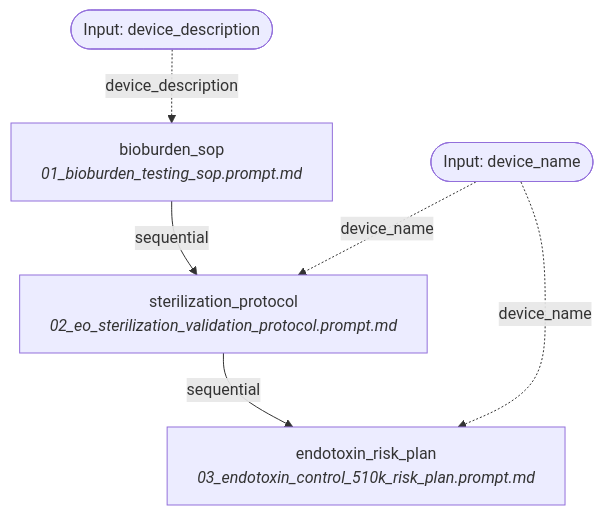
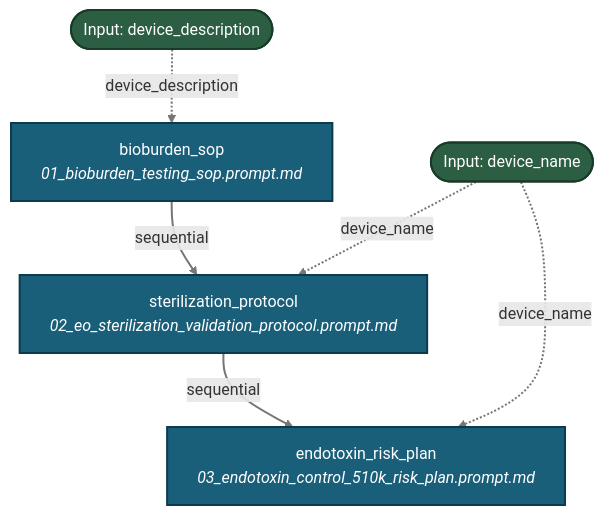
The diagram in docs/workflows/microbiology.md (fderuiter/proompts), drawn with Mermaid before and after one commit. The commit also changed 267 other files, not shown here.

````diff
--- a/docs/workflows/microbiology.md
+++ b/docs/workflows/microbiology.md
@@ -11,13 +11,16 @@
 ```mermaid
 graph TD
-    INPUT_device_description([Input: device_description])
-    INPUT_device_name([Input: device_name])
-    bioburden_sop[bioburden_sop<br><i>01_bioburden_testing_sop.prompt.md</i>]
+    classDef stepNode fill:#1a5f7a,stroke:#0d3a4d,stroke-width:2px,color:#ffffff;
+    classDef inputNode fill:#2c5e43,stroke:#183b27,stroke-width:2px,color:#ffffff;
+    INPUT_device_description([Input: device_description]):::inputNode
+    INPUT_device_name([Input: device_name]):::inputNode
+    bioburden_sop[bioburden_sop<br><i>01_bioburden_testing_sop.prompt.md</i>]:::stepNode
     INPUT_device_description -. device_description .-> bioburden_sop
     bioburden_sop -->|sequential| sterilization_protocol
-    sterilization_protocol[sterilization_protocol<br><i>02_eo_sterilization_validation_protocol.prompt.md</i>]
+    sterilization_protocol[sterilization_protocol<br><i>02_eo_sterilization_validation_protocol.prompt.md</i>]:::stepNode
     INPUT_device_name -. device_name .-> sterilization_protocol
     sterilization_protocol -->|sequential| endotoxin_risk_plan
-    endotoxin_risk_plan[endotoxin_risk_plan<br><i>03_endotoxin_control_510k_risk_plan.prompt.md</i>]
+    endotoxin_risk_plan[endotoxin_risk_plan<br><i>03_endotoxin_control_510k_risk_plan.prompt.md</i>]:::stepNode
     INPUT_device_name -. device_name .-> endotoxin_risk_plan
+    linkStyle default stroke:#767676,stroke-width:2px;
 ```
````
